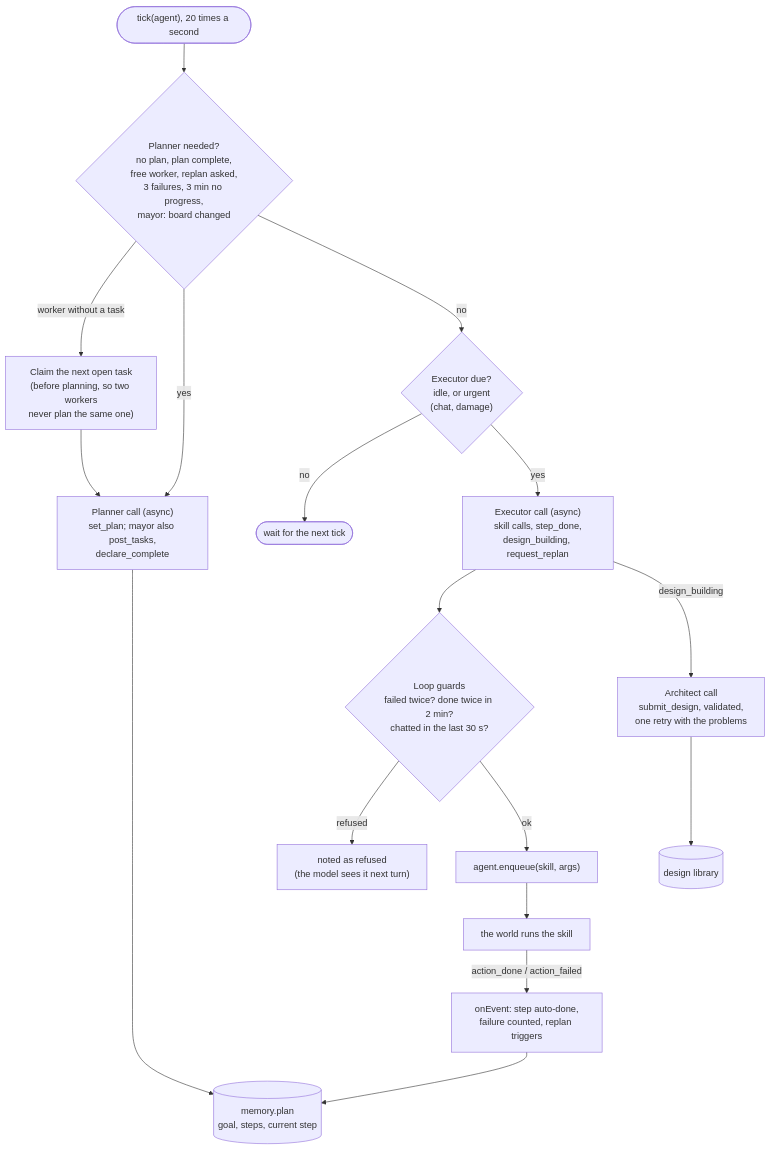
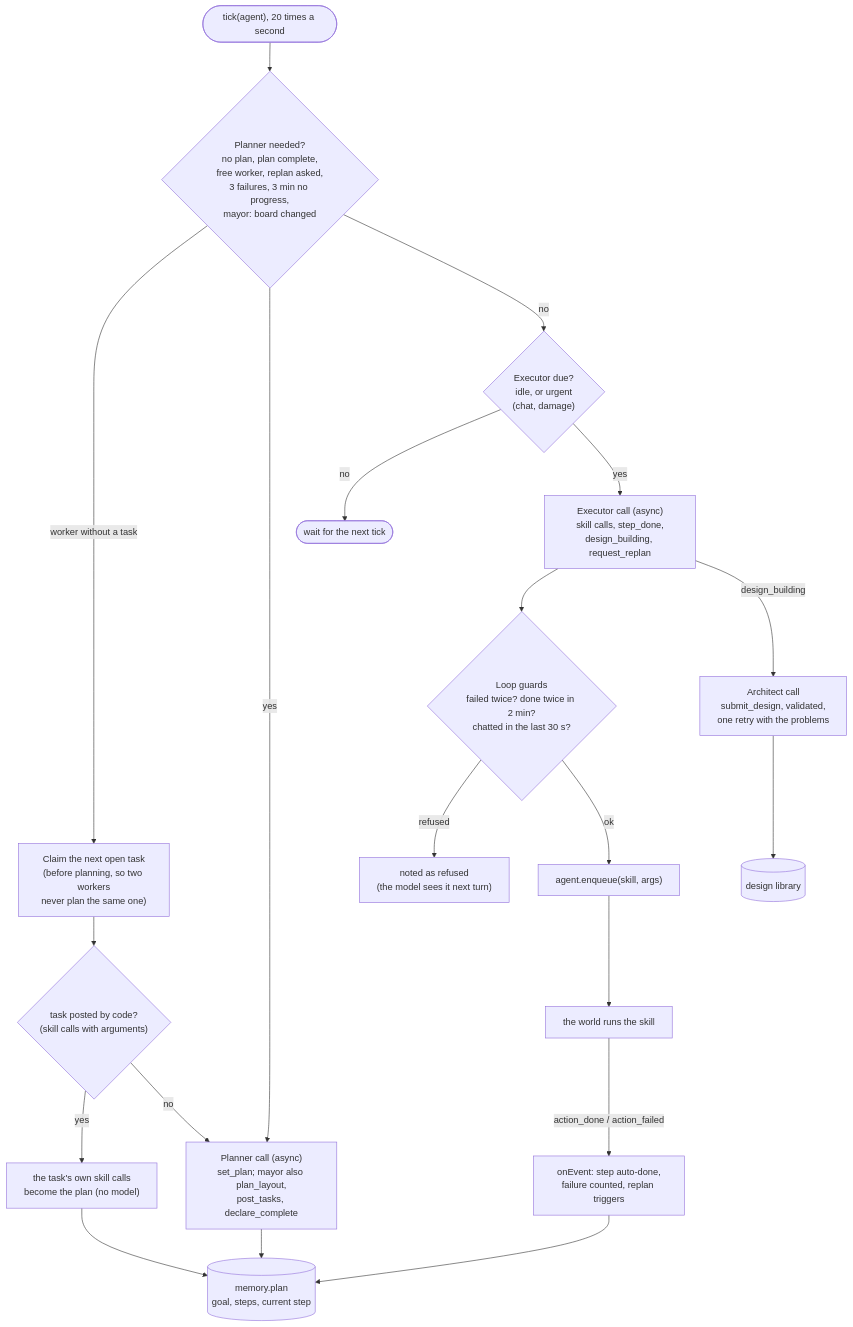
One commit to delphium226/MCAISandbox changed the fourth of 12 diagrams in docs/ARCHITECTURE.md. Above: the diagram before and after it, drawn with Mermaid. The commit also changed other lines of this file and 1 other file, not shown here.

First line of the commit message:
README and architecture: how the agents work, in detail

````diff
--- a/docs/ARCHITECTURE.md
+++ b/docs/ARCHITECTURE.md
@@ -181,19 +181,22 @@
 ```mermaid
 flowchart TD
   tick(["tick(agent), 20 times a second"]) --> planq{"Planner needed?<br/>no plan, plan complete,<br/>free worker, replan asked,<br/>3 failures, 3 min no progress,<br/>mayor: board changed"}
   planq -- "worker without a task" --> claim["Claim the next open task<br/>(before planning, so two workers<br/>never plan the same one)"]
-  claim --> planner
-  planq -- yes --> planner["Planner call (async)<br/>set_plan; mayor also post_tasks,<br/>declare_complete"]
+  claim --> codetask{"task posted by code?<br/>(skill calls with arguments)"}
+  codetask -- yes --> ownsteps["the task's own skill calls<br/>become the plan (no model)"]
+  ownsteps --> mem
+  codetask -- no --> planner
+  planq -- yes --> planner["Planner call (async)<br/>set_plan; mayor also plan_layout,<br/>post_tasks, declare_complete"]
   planq -- no --> execq
   planner --> mem[("memory.plan<br/>goal, steps, current step")]
   execq{"Executor due?<br/>idle, or urgent<br/>(chat, damage)"} -- no --> done(["wait for the next tick"])
   execq -- yes --> executor["Executor call (async)<br/>skill calls, step_done,<br/>design_building, request_replan"]
   executor --> guard{"Loop guards<br/>failed twice? done twice in 2 min?<br/>chatted in the last 30 s?"}
   guard -- refused --> notes["noted as refused<br/>(the model sees it next turn)"]
   guard -- ok --> queue["agent.enqueue(skill, args)"]
   executor -- design_building --> architect["Architect call<br/>submit_design, validated,<br/>one retry with the problems"]
   architect --> library[("design library")]
   queue --> skill["the world runs the skill"]
   skill -- "action_done / action_failed" --> onevent["onEvent: step auto-done,<br/>failure counted, replan triggers"]
   onevent --> mem
 ```
````
